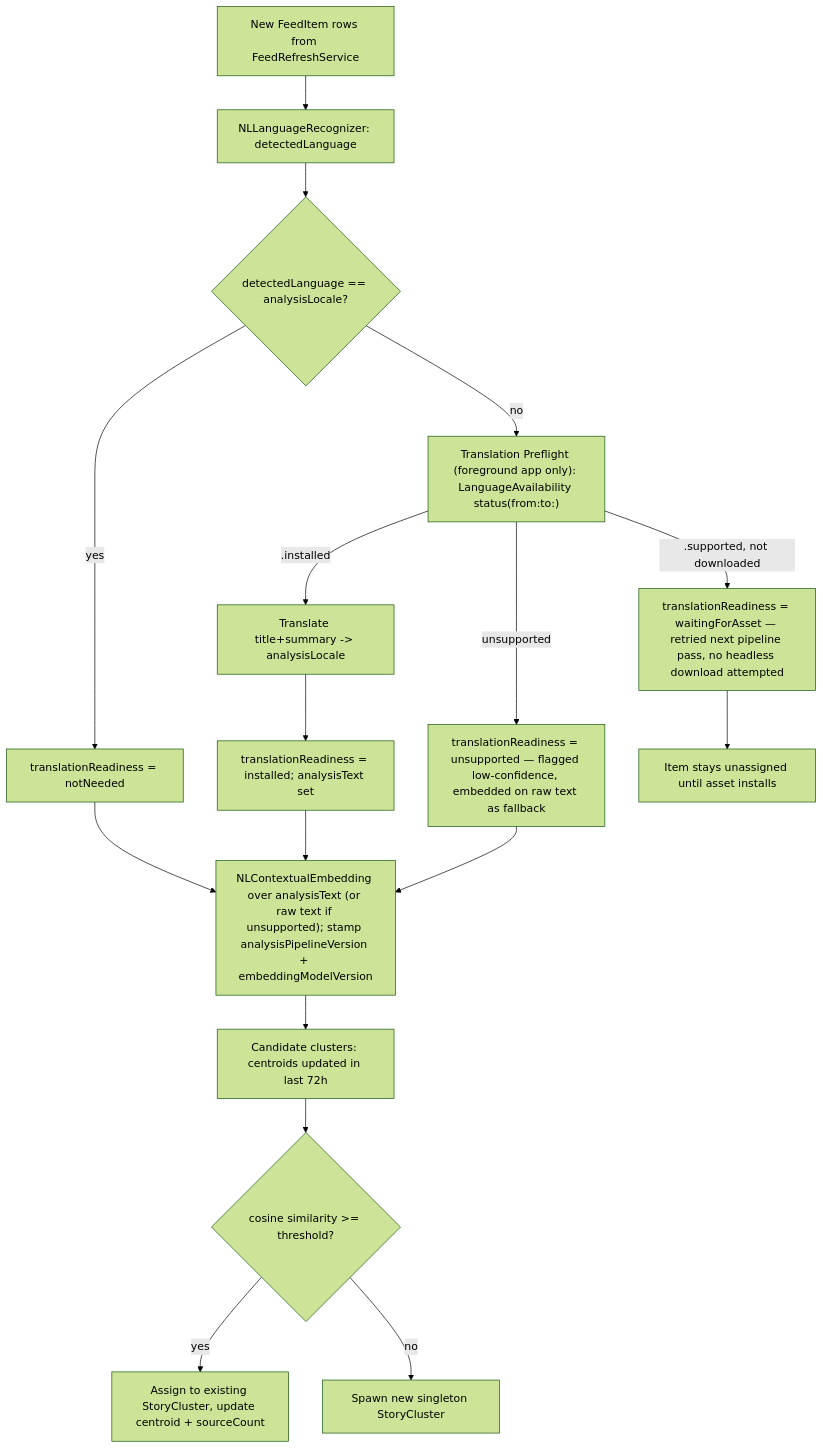
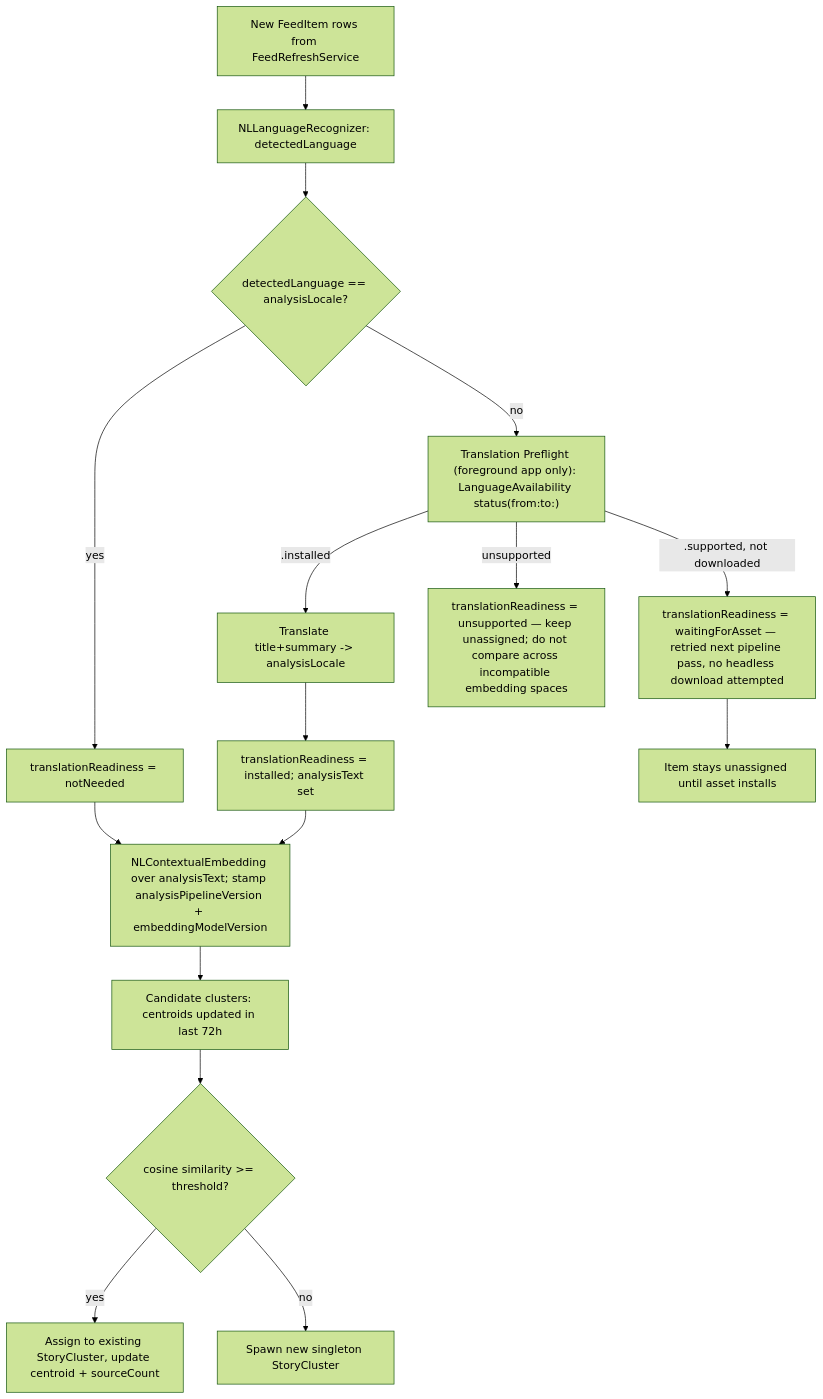
The diagram in docs/STORY_CLUSTERING_ARCHITECTURE.md (Zaryob/Sift), drawn with Mermaid (forest theme) before and after one commit. The commit also changed other lines of this file and 2 other files, not shown here.

Commit message:
docs: define on-device briefing roadmap and M0 research

````diff
--- a/docs/STORY_CLUSTERING_ARCHITECTURE.md
+++ b/docs/STORY_CLUSTERING_ARCHITECTURE.md
@@ -116,20 +119,19 @@
 ```mermaid
 graph TD
     A["New FeedItem rows from FeedRefreshService"] --> B["NLLanguageRecognizer: detectedLanguage"]
     B --> C{"detectedLanguage == analysisLocale?"}
     C -->|"yes"| D0["translationReadiness = notNeeded"]
     C -->|"no"| P["Translation Preflight (foreground app only): LanguageAvailability status(from:to:)"]
     P -->|".installed"| E["Translate title+summary -> analysisLocale"]
     P -->|".supported, not downloaded"| W["translationReadiness = waitingForAsset — retried next pipeline pass, no headless download attempted"]
-    P -->|"unsupported"| U["translationReadiness = unsupported — flagged low-confidence, embedded on raw text as fallback"]
+    P -->|"unsupported"| U["translationReadiness = unsupported — keep unassigned; do not compare across incompatible embedding spaces"]
     E --> D1["translationReadiness = installed; analysisText set"]
     D0 --> F
     D1 --> F
-    U --> F
-    F["NLContextualEmbedding over analysisText (or raw text if unsupported); stamp analysisPipelineVersion + embeddingModelVersion"]
+    F["NLContextualEmbedding over analysisText; stamp analysisPipelineVersion + embeddingModelVersion"]
     F --> G["Candidate clusters: centroids updated in last 72h"]
     G --> H{"cosine similarity >= threshold?"}
     H -->|"yes"| I["Assign to existing StoryCluster, update centroid + sourceCount"]
     H -->|"no"| J["Spawn new singleton StoryCluster"]
     W --> Z["Item stays unassigned until asset installs"]
 ```
````
